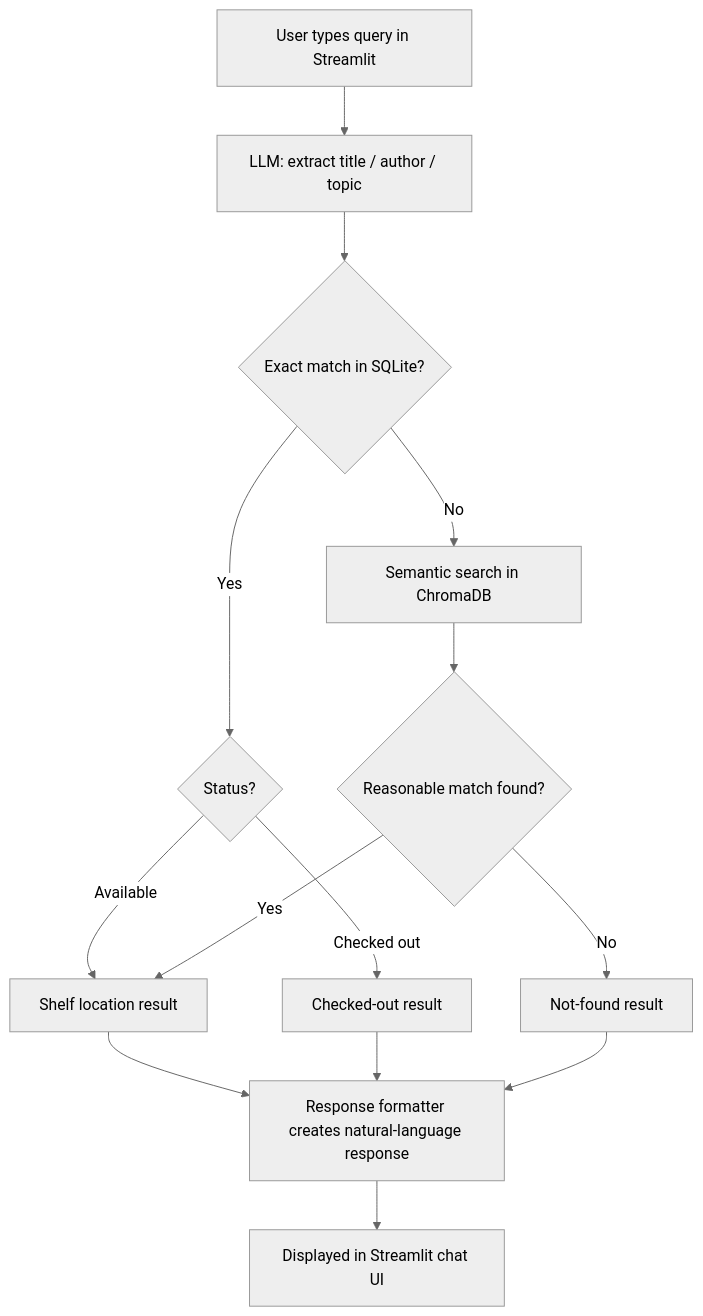
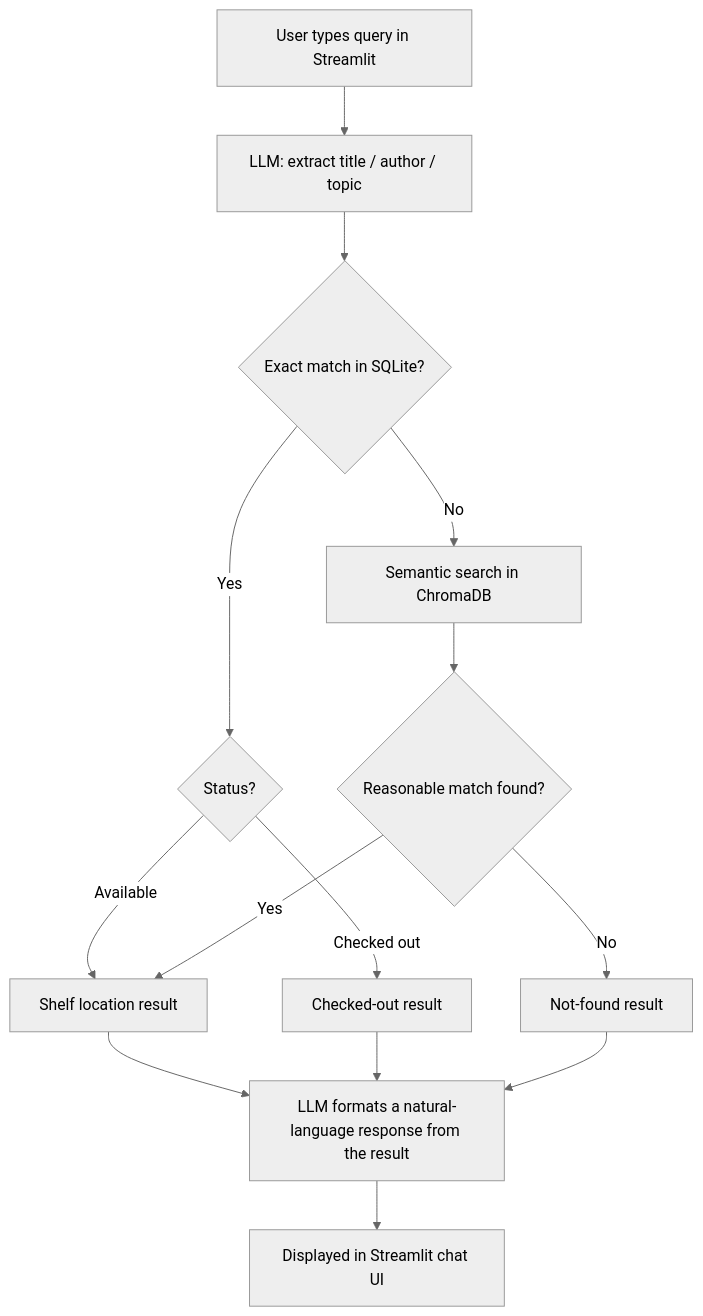
One commit to Code-ruto/AI-Solution-Developer-Capsone-Project changed the diagram in README.md. Above: the diagram before and after it, drawn with Mermaid (neutral theme). The commit also changed other lines of this file, not shown here.

Commit message:
Refine README for clarity on LLM intent extraction and validation; update setup instructions for Windows and Linux

````diff
--- a/README.md
+++ b/README.md
@@ -100,16 +169,16 @@
 ```mermaid
 flowchart TD
     A[User types query in Streamlit] --> B[LLM: extract title / author / topic]
     B --> C{Exact match in SQLite?}
     C -- Yes --> D{Status?}
     D -- Available --> E[Shelf location result]
     D -- Checked out --> F[Checked-out result]
     C -- No --> G[Semantic search in ChromaDB]
     G --> H{Reasonable match found?}
     H -- Yes --> E
     H -- No --> I[Not-found result]
-      E --> J[Response formatter creates natural-language response]
+      E --> J[LLM formats a natural-language response from the result]
     F --> J
     I --> J
     J --> K[Displayed in Streamlit chat UI]
 ```
````
